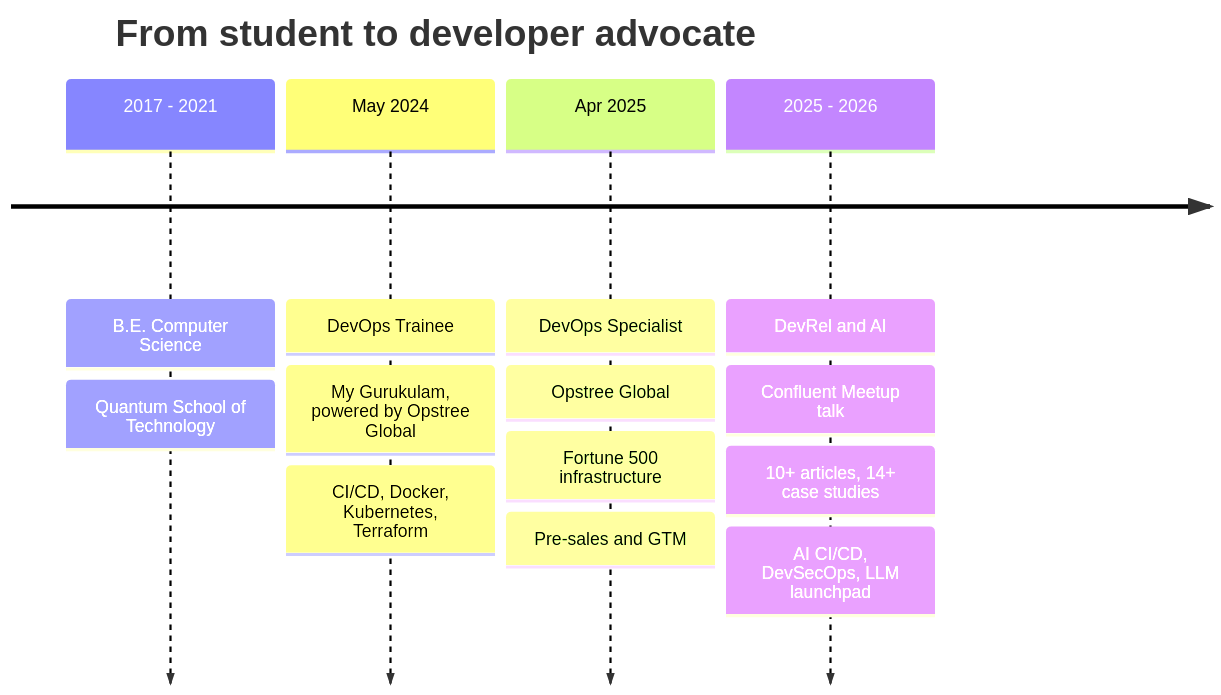
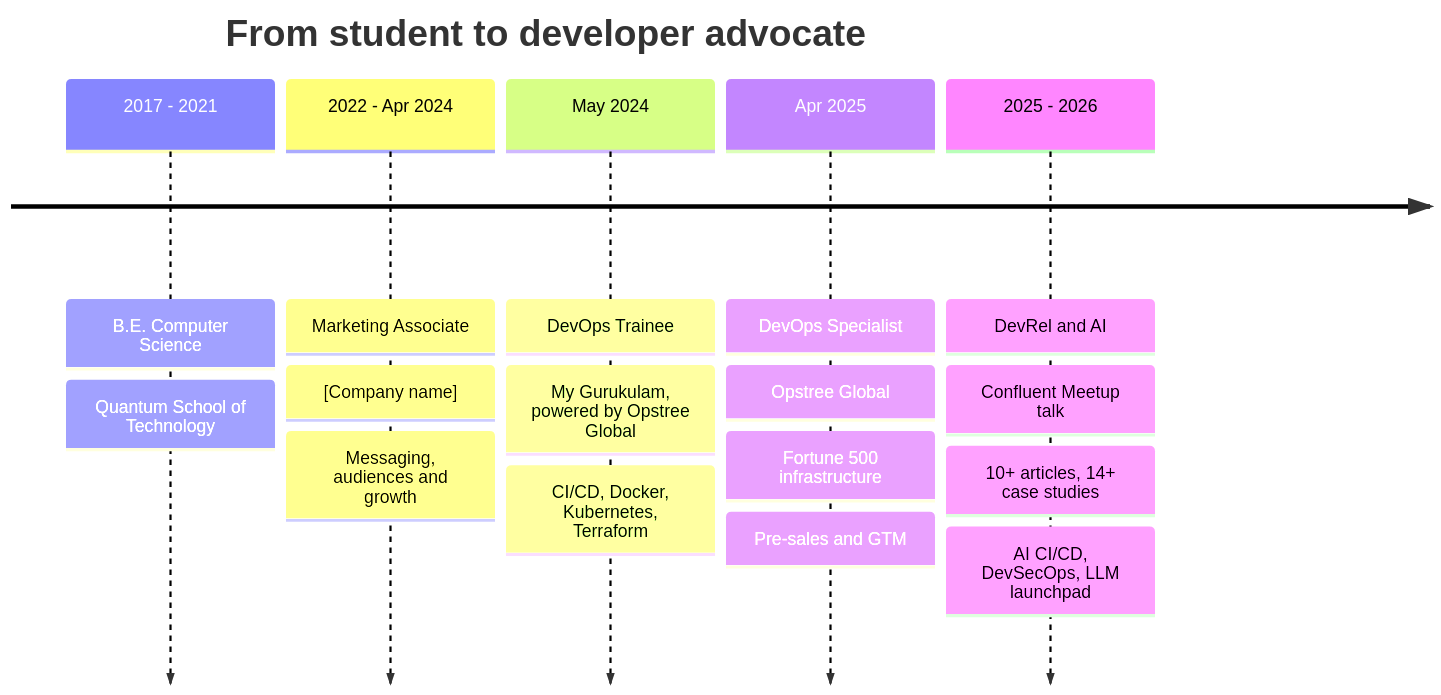
One commit to komalthakur853/komalthakur853 changed the third of 3 diagrams in README1.md. Above: the diagram before and after it, drawn with Mermaid. The commit also changed other lines of this file, not shown here.

````diff
--- a/README1.md
+++ b/README1.md
@@ -268,8 +268,9 @@
 ```mermaid
 timeline
     title From student to developer advocate
     2017 - 2021 : B.E. Computer Science : Quantum School of Technology
+    2022 - Apr 2024 : Marketing Associate : [Company name] : Messaging, audiences and growth
     May 2024 : DevOps Trainee : My Gurukulam, powered by Opstree Global : CI/CD, Docker, Kubernetes, Terraform
     Apr 2025 : DevOps Specialist : Opstree Global : Fortune 500 infrastructure : Pre-sales and GTM
     2025 - 2026 : DevRel and AI : Confluent Meetup talk : 10+ articles, 14+ case studies : AI CI/CD, DevSecOps, LLM launchpad
 ```
````
